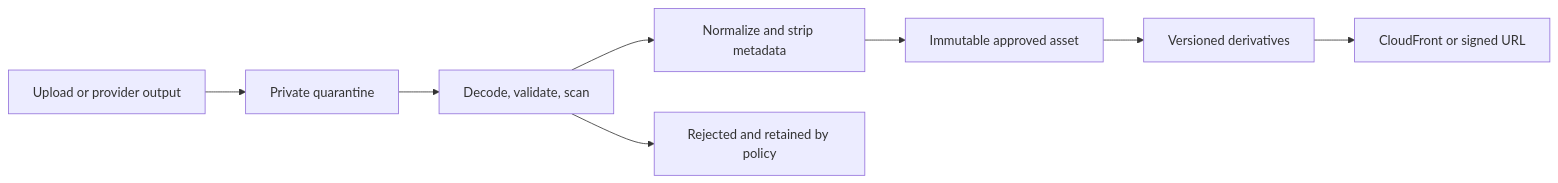
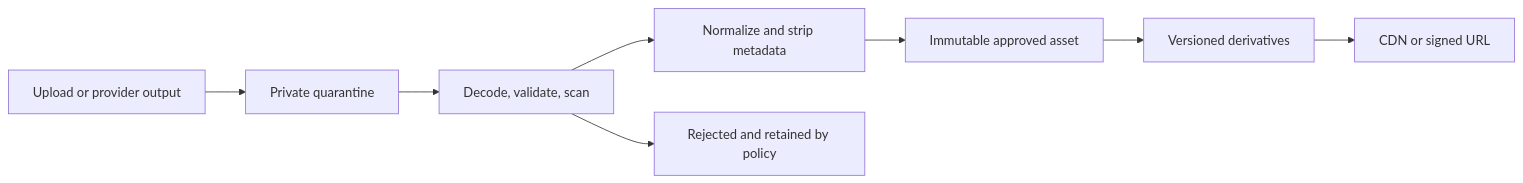
Before and after one commit to dhrubojyoti-1xl/zorfly: the first of 2 diagrams in docs/MEDIA_AND_SVG_ARCHITECTURE.md, drawn with Mermaid. The commit also changed other lines of this file and 165 other files, not shown here.

````diff
--- a/docs/MEDIA_AND_SVG_ARCHITECTURE.md
+++ b/docs/MEDIA_AND_SVG_ARCHITECTURE.md
@@ -30,10 +30,10 @@
 ```mermaid
 flowchart LR
     Input["Upload or provider output"] --> Quarantine["Private quarantine"]
     Quarantine --> Validate["Decode, validate, scan"]
     Validate --> Normalize["Normalize and strip metadata"]
     Normalize --> Approved["Immutable approved asset"]
     Approved --> Derivatives["Versioned derivatives"]
-    Derivatives --> Delivery["CloudFront or signed URL"]
+    Derivatives --> Delivery["CDN or signed URL"]
     Validate --> Rejected["Rejected and retained by policy"]
 ```
````
